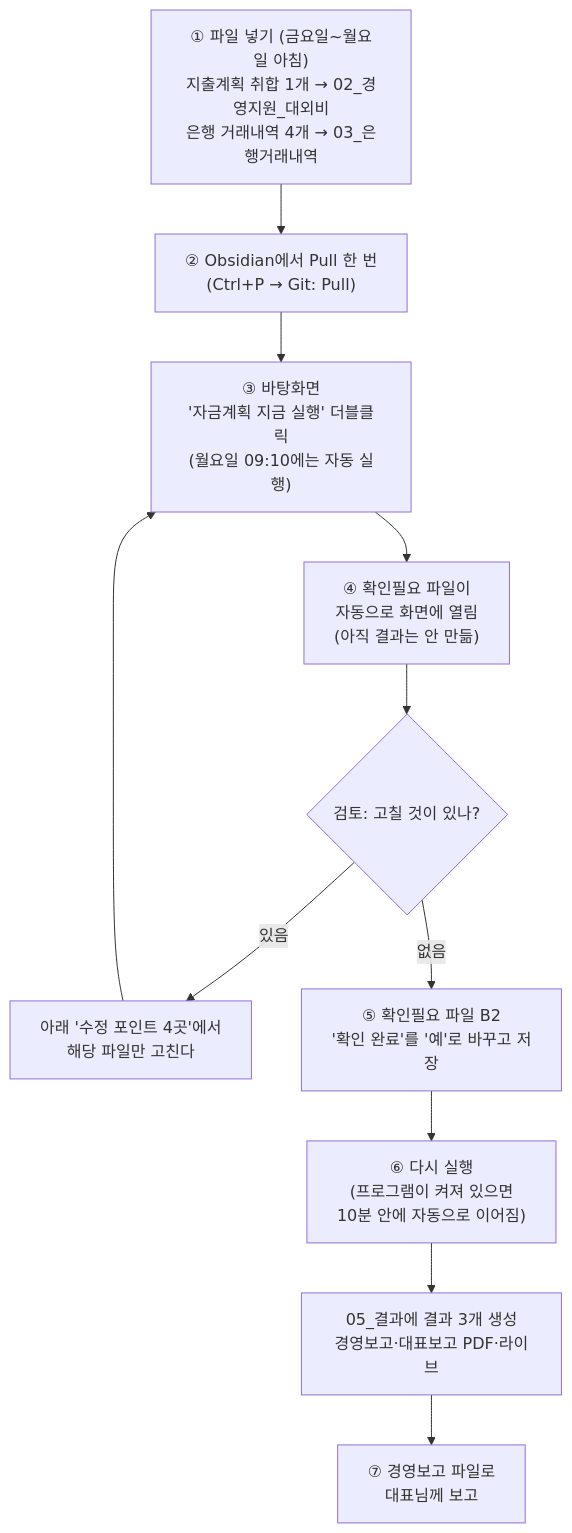
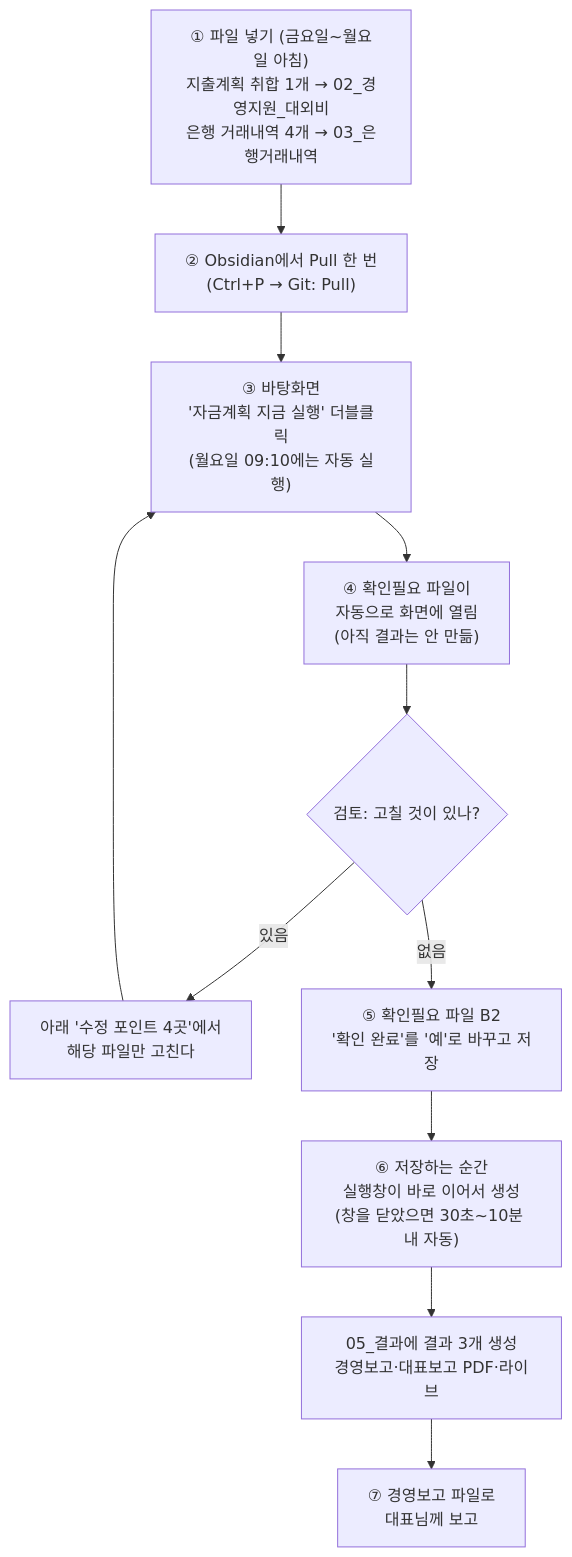
One commit to goldgarden9620419-maker/mynotes changed the diagram in 01-Projects/에이팜건강-주간자금계획-자동화/자금계획_자동화_순서도와_사용방법.md. Above: the diagram before and after it, drawn with Mermaid. The commit also changed other lines of this file and 6 other files, not shown here.

````diff
--- a/01-Projects/에이팜건강-주간자금계획-자동화/자금계획_자동화_순서도와_사용방법.md
+++ b/01-Projects/에이팜건강-주간자금계획-자동화/자금계획_자동화_순서도와_사용방법.md
@@ -8,13 +8,13 @@
 ```mermaid
 flowchart TD
     A["① 파일 넣기 (금요일~월요일 아침)<br>지출계획 취합 1개 → 02_경영지원_대외비<br>은행 거래내역 4개 → 03_은행거래내역"] --> B["② Obsidian에서 Pull 한 번<br>(Ctrl+P → Git: Pull)"]
     B --> C["③ 바탕화면<br>'자금계획 지금 실행' 더블클릭<br>(월요일 09:10에는 자동 실행)"]
     C --> D["④ 확인필요 파일이<br>자동으로 화면에 열림<br>(아직 결과는 안 만듦)"]
     D --> E{"검토: 고칠 것이 있나?"}
     E -- 있음 --> G["아래 '수정 포인트 4곳'에서<br>해당 파일만 고친다"]
     G --> C
     E -- 없음 --> H["⑤ 확인필요 파일 B2<br>'확인 완료'를 '예'로 바꾸고 저장"]
-    H --> I["⑥ 다시 실행<br>(프로그램이 켜져 있으면<br>10분 안에 자동으로 이어짐)"]
+    H --> I["⑥ 저장하는 순간<br>실행창이 바로 이어서 생성<br>(창을 닫았으면 30초~10분 내 자동)"]
     I --> J["05_결과에 결과 3개 생성<br>경영보고·대표보고 PDF·라이브"]
     J --> K["⑦ 경영보고 파일로<br>대표님께 보고"]
 ```
````
